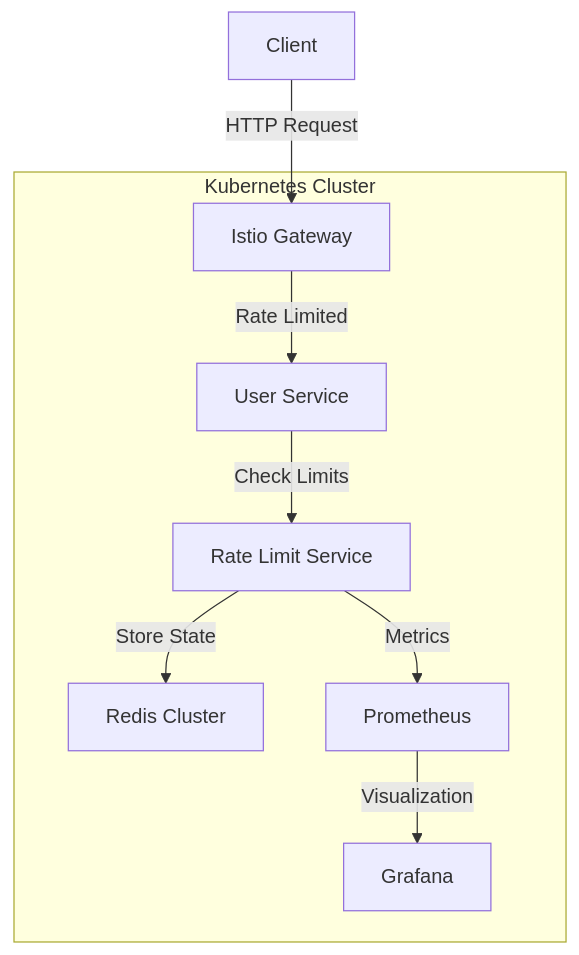
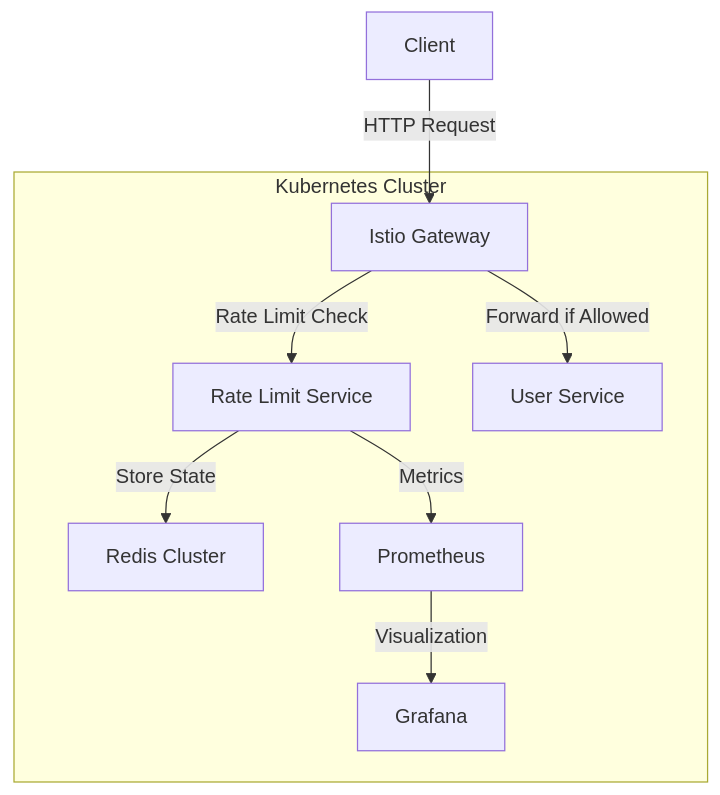
The diagram in docs/00-overview.md (ramisback/istio-rate-limiter), drawn with Mermaid before and after one commit. The commit also changed 3 other files, not shown here.

Commit message:
docs: updated flow diagrams

````diff
--- a/docs/00-overview.md
+++ b/docs/00-overview.md
@@ -22,18 +22,18 @@
 ```mermaid
 graph TD
     Client[Client] -->|HTTP Request| Gateway[Istio Gateway]
-    Gateway -->|Rate Limited| UserService[User Service]
-    UserService -->|Check Limits| RateLimitService[Rate Limit Service]
+    Gateway -->|Rate Limit Check| RateLimitService[Rate Limit Service]
     RateLimitService -->|Store State| Redis[Redis Cluster]
+    Gateway -->|Forward if Allowed| UserService[User Service]
     RateLimitService -->|Metrics| Prometheus[Prometheus]
     Prometheus -->|Visualization| Grafana[Grafana]
     
     subgraph "Kubernetes Cluster"
         Gateway
         UserService
         RateLimitService
         Redis
         Prometheus
         Grafana
     end
 ```
````
